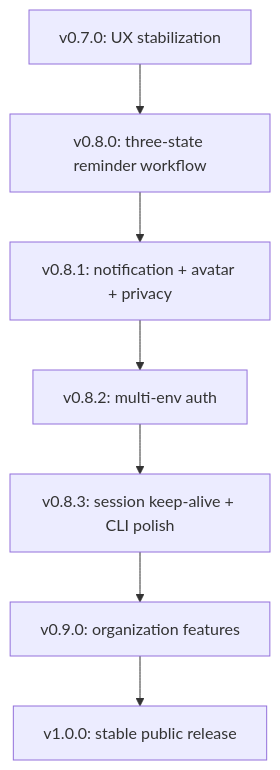
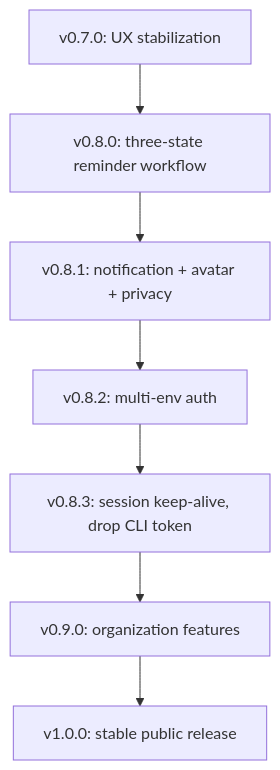
Before and after one commit to xiaolinstar/ai-todo: the diagram in docs/releases/v0.7.0-v0.8.1-ux-iteration-plan.md, drawn with Mermaid. The commit also changed other lines of this file and 9 other files, not shown here.

First line of the commit message:
docs: align PAT policy — remove CLI token, keep login --issue-pat

````diff
--- a/docs/releases/v0.7.0-v0.8.1-ux-iteration-plan.md
+++ b/docs/releases/v0.7.0-v0.8.1-ux-iteration-plan.md
@@ -291,9 +291,9 @@
 ```mermaid
 flowchart TD
   A["v0.7.0: UX stabilization"] --> B["v0.8.0: three-state reminder workflow"]
   B --> C["v0.8.1: notification + avatar + privacy"]
   C --> C2["v0.8.2: multi-env auth"]
-  C2 --> C3["v0.8.3: session keep-alive + CLI polish"]
+  C2 --> C3["v0.8.3: session keep-alive, drop CLI token"]
   C3 --> D["v0.9.0: organization features"]
   D --> E["v1.0.0: stable public release"]
 ```
````
